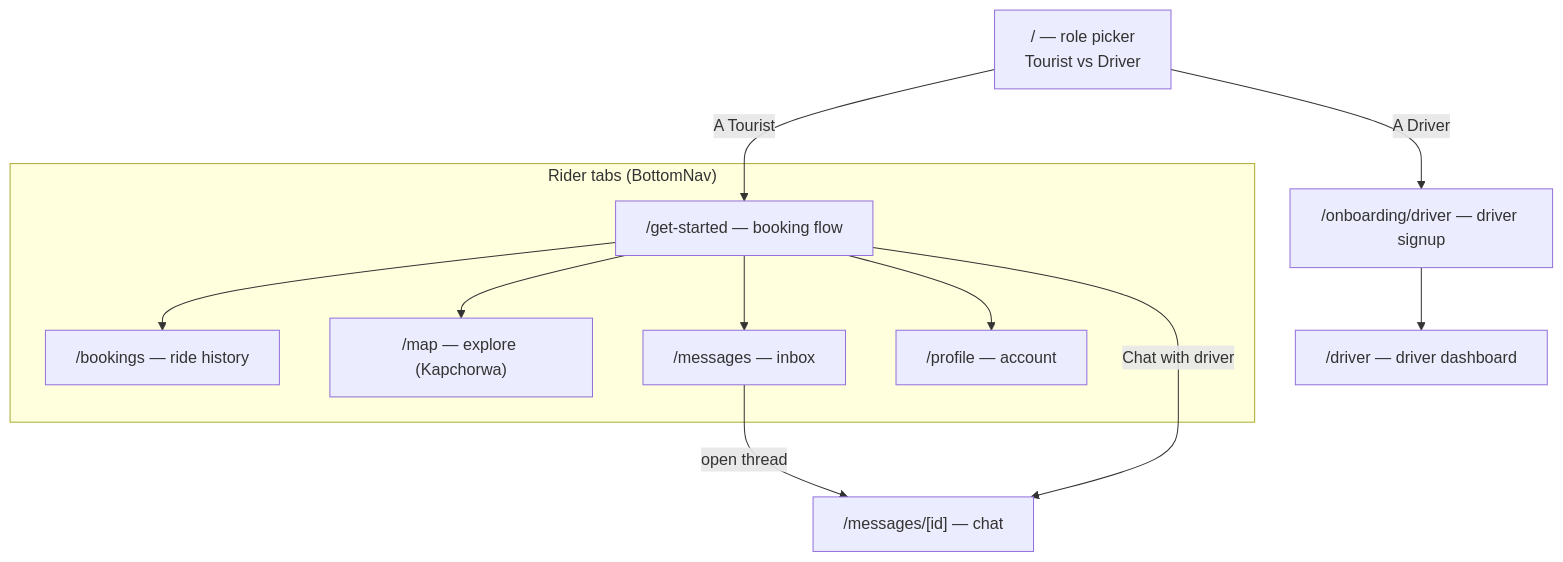
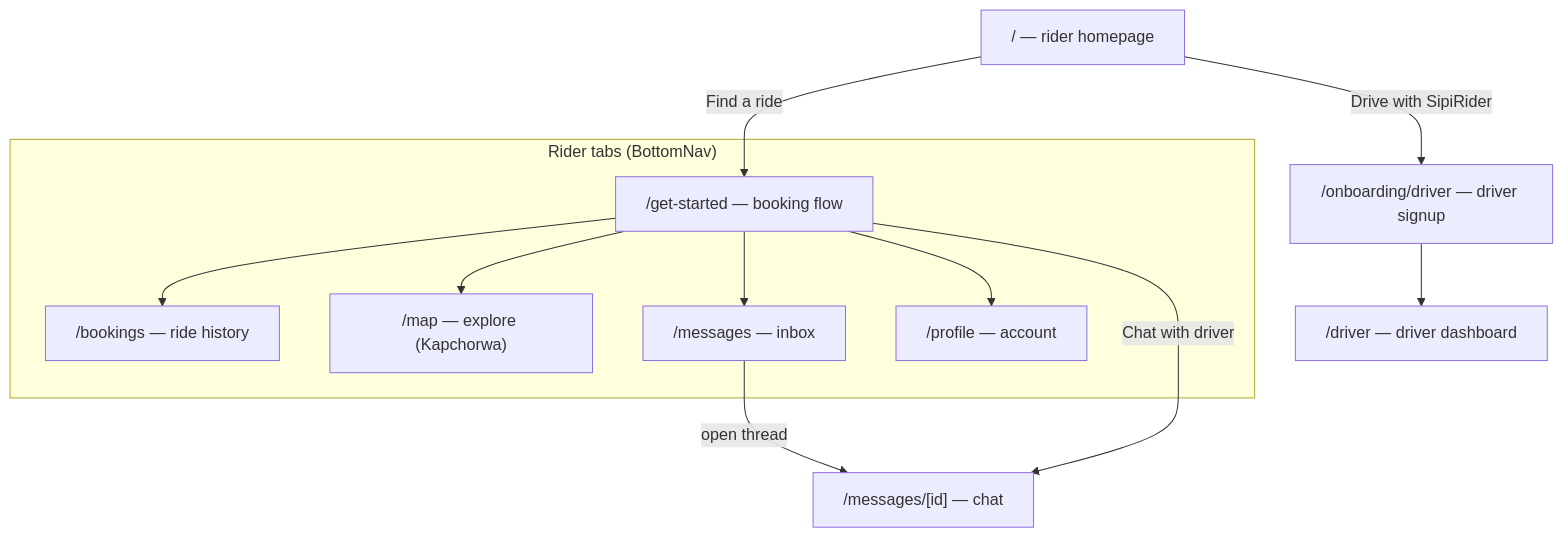
Before and after one commit to IVYIMOH/My_rider: the second of 7 diagrams in docs/frontend.md, drawn with Mermaid. The commit also changed other lines of this file and 1 other file, not shown here.

Commit message:
doc and gitignore

````diff
--- a/docs/frontend.md
+++ b/docs/frontend.md
@@ -27,22 +27,22 @@
 ```mermaid
 flowchart TD
-    HOME["/  — role picker<br/>Tourist vs Driver"]
-    HOME -->|A Tourist| GS["/get-started — booking flow"]
-    HOME -->|A Driver| OND["/onboarding/driver — driver signup"]
+    HOME["/ — rider homepage"]
+    HOME -->|Find a ride| GS["/get-started — booking flow"]
+    HOME -->|Drive with SipiRider| OND["/onboarding/driver — driver signup"]
 
     subgraph "Rider tabs (BottomNav)"
         GS
         B["/bookings — ride history"]
         M["/map — explore (Kapchorwa)"]
         MSG["/messages — inbox"]
         P["/profile — account"]
     end
 
     OND --> DRV["/driver — driver dashboard"]
     GS --> B
     GS --> M
     GS --> MSG
     GS --> P
     MSG -->|open thread| THR["/messages/[id] — chat"]
     GS -->|Chat with driver| THR
 ```
````
